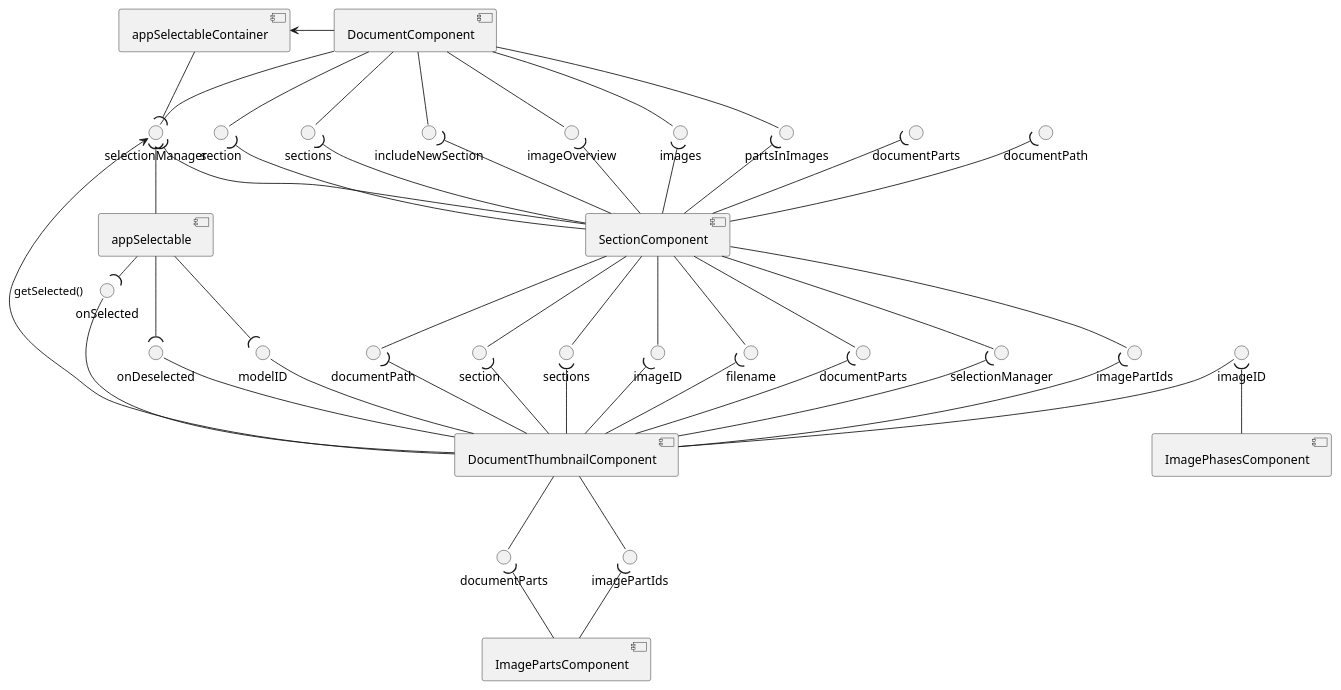
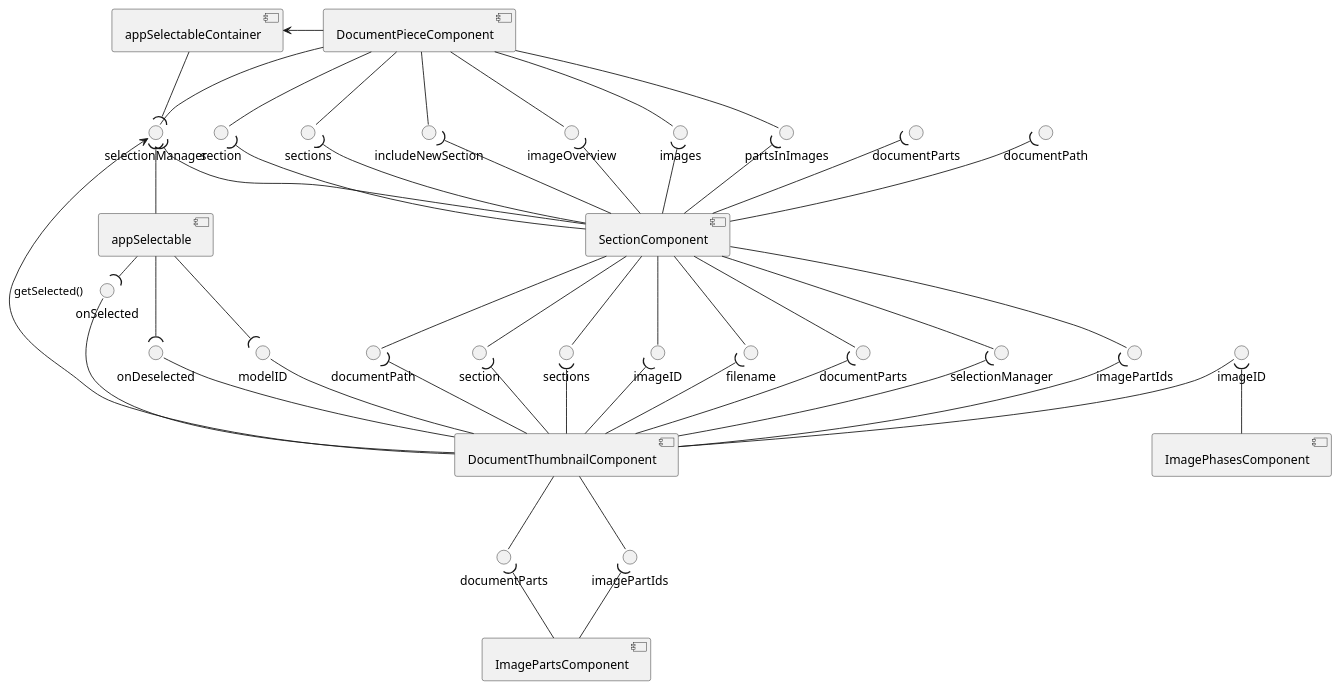
Diagram 15 of 17 in documentation/puml/angular.puml (HISPAMUS/muret), drawn with PlantUML before and after one commit. The commit also changed other lines of this file and 30 other files, not shown here.

```diff
--- a/documentation/puml/angular.puml
+++ b/documentation/puml/angular.puml
@@ -492,81 +492,81 @@
 @startuml document_component
-[DocumentComponent] -- section
-[DocumentComponent] -- sections
-[DocumentComponent] -- includeNewSection
-[DocumentComponent] -- imageOverview
-[DocumentComponent] -- images
-[DocumentComponent] -- selectionManager
-[DocumentComponent] -- partsInImages
+[DocumentPieceComponent] -- section
+[DocumentPieceComponent] -- sections
+[DocumentPieceComponent] -- includeNewSection
+[DocumentPieceComponent] -- imageOverview
+[DocumentPieceComponent] -- images
+[DocumentPieceComponent] -- selectionManager
+[DocumentPieceComponent] -- partsInImages
 
 imageOverview )-- [SectionComponent]
 section )-- [SectionComponent]
 sections )-- [SectionComponent]
 includeNewSection )-- [SectionComponent]
 documentParts )-- [SectionComponent]
 documentPath )-- [SectionComponent]
 images )-- [SectionComponent]
 selectionManager )-- [SectionComponent]
 partsInImages )-- [SectionComponent]
 
 
 () "documentPath" as SectionComponent.documentPath
 () "section" as SectionComponent.section
 () "sections" as SectionComponent.sections
 () "imageID" as SectionComponent.imageID
 () "filename" as SectionComponent.filename
 () "documentParts" as SectionComponent.documentParts
 () "selectionManager" as SectionComponent.selectionManager
 () "imagePartIds" as SectionComponent.imagePartIds
 
 [SectionComponent] -- SectionComponent.selectionManager
 [SectionComponent] -- SectionComponent.documentPath
 [SectionComponent] -- SectionComponent.section
 [SectionComponent] -- SectionComponent.sections
 [SectionComponent] -- SectionComponent.imageID
 [SectionComponent] -- SectionComponent.filename
 [SectionComponent] -- SectionComponent.documentParts
 [SectionComponent] -- SectionComponent.imagePartIds
 
 SectionComponent.selectionManager )-- [DocumentThumbnailComponent]
 SectionComponent.documentPath )-- [DocumentThumbnailComponent]
 SectionComponent.section )-- [DocumentThumbnailComponent]
 SectionComponent.sections )-- [DocumentThumbnailComponent]
 SectionComponent.imageID )-- [DocumentThumbnailComponent]
 SectionComponent.filename )-- [DocumentThumbnailComponent]
 SectionComponent.documentParts )-- [DocumentThumbnailComponent]
 SectionComponent.imagePartIds )-- [DocumentThumbnailComponent]
 
 () "documentParts" as DocumentThumbnailComponent.documentParts
 () "imagePartIds" as DocumentThumbnailComponent.imagePartIds
 [DocumentThumbnailComponent] -- DocumentThumbnailComponent.documentParts
 [DocumentThumbnailComponent] -- DocumentThumbnailComponent.imagePartIds
 
 DocumentThumbnailComponent.documentParts )-- [ImagePartsComponent]
 DocumentThumbnailComponent.imagePartIds )-- [ImagePartsComponent]
 
 () "imageID" as DocumentThumbnailComponent.imageID
  DocumentThumbnailComponent.imageID -- [DocumentThumbnailComponent]
 
 DocumentThumbnailComponent.imageID )-- [ImagePhasesComponent]
 
 [appSelectableContainer] --( selectionManager
 selectionManager )-- [appSelectable]
 
-[appSelectableContainer] <- [DocumentComponent]
+[appSelectableContainer] <- [DocumentPieceComponent]
 selectionManager <- [DocumentThumbnailComponent]: getSelected()
 
 () "onSelected" as DocumentThumbnailComponent.onSelected
 () "onDeselected" as DocumentThumbnailComponent.onDeselected
 () "modelID" as DocumentThumbnailComponent.modelID
 
 DocumentThumbnailComponent.onSelected -- [DocumentThumbnailComponent]
 DocumentThumbnailComponent.onDeselected -- [DocumentThumbnailComponent]
 DocumentThumbnailComponent.modelID -- [DocumentThumbnailComponent]
 
 [appSelectable] -( DocumentThumbnailComponent.onSelected
 [appSelectable] --( DocumentThumbnailComponent.onDeselected
 [appSelectable] --( DocumentThumbnailComponent.modelID
 
 
 
 @enduml
```
